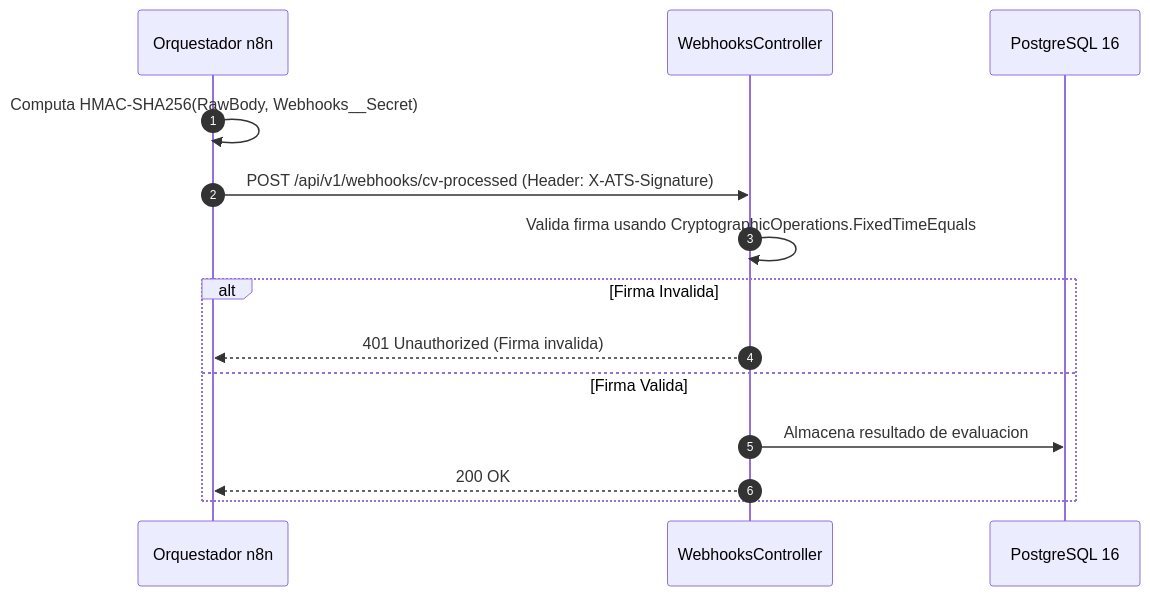
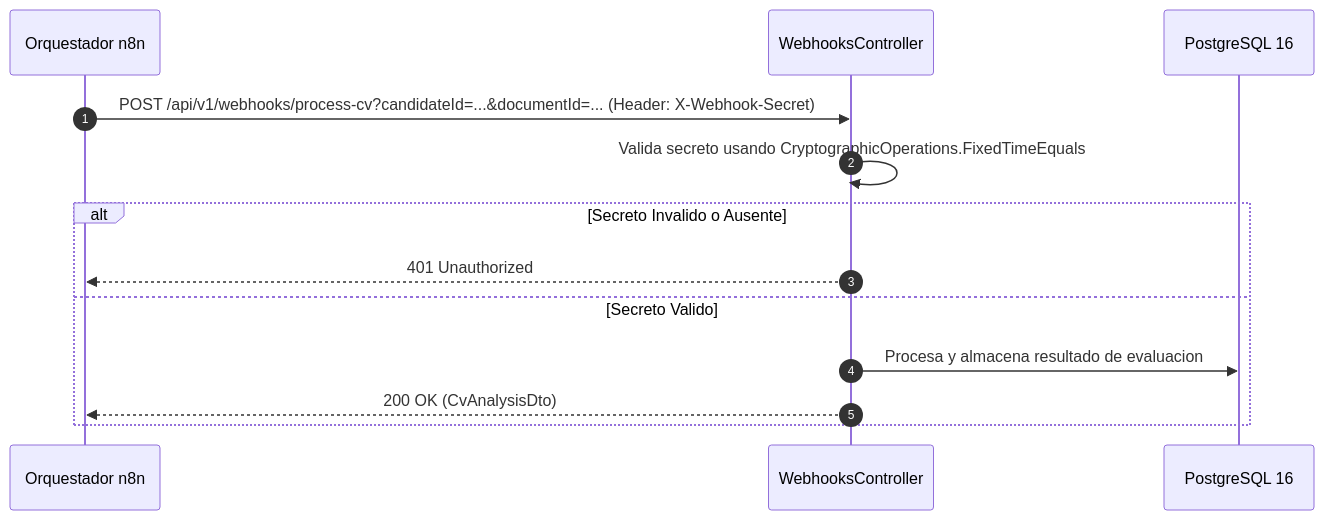
One commit to JspaNexo/azure-ats changed the seventh of 7 diagrams in docs/DOCUMENTACION_TECNICA.md. Above: the diagram before and after it, drawn with Mermaid. The commit also changed other lines of this file and 11 other files, not shown here.

````diff
--- a/docs/DOCUMENTACION_TECNICA.md
+++ b/docs/DOCUMENTACION_TECNICA.md
@@ -585,17 +580,16 @@
 ```mermaid
 sequenceDiagram
     autonumber
     participant n8n as Orquestador n8n
     participant API as WebhooksController
     participant DB as PostgreSQL 16
 
-    n8n->>n8n: Computa HMAC-SHA256(RawBody, Webhooks__Secret)
-    n8n->>API: POST /api/v1/webhooks/cv-processed (Header: X-ATS-Signature)
-    API->>API: Valida firma usando CryptographicOperations.FixedTimeEquals
-    alt Firma Invalida
-        API-->>n8n: 401 Unauthorized (Firma invalida)
-    else Firma Valida
-        API->>DB: Almacena resultado de evaluacion
-        API-->>n8n: 200 OK
+    n8n->>API: POST /api/v1/webhooks/process-cv?candidateId=...&documentId=... (Header: X-Webhook-Secret)
+    API->>API: Valida secreto usando CryptographicOperations.FixedTimeEquals
+    alt Secreto Invalido o Ausente
+        API-->>n8n: 401 Unauthorized
+    else Secreto Valido
+        API->>DB: Procesa y almacena resultado de evaluacion
+        API-->>n8n: 200 OK (CvAnalysisDto)
     end
 ```
````
